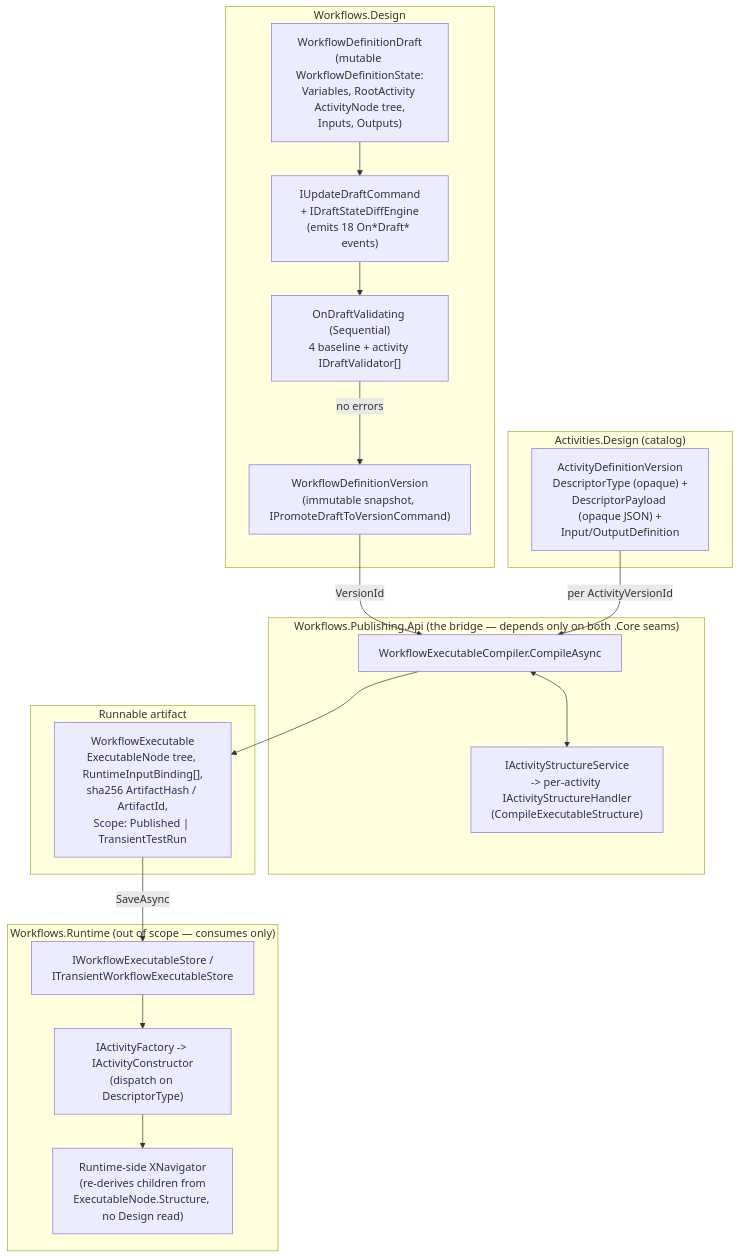
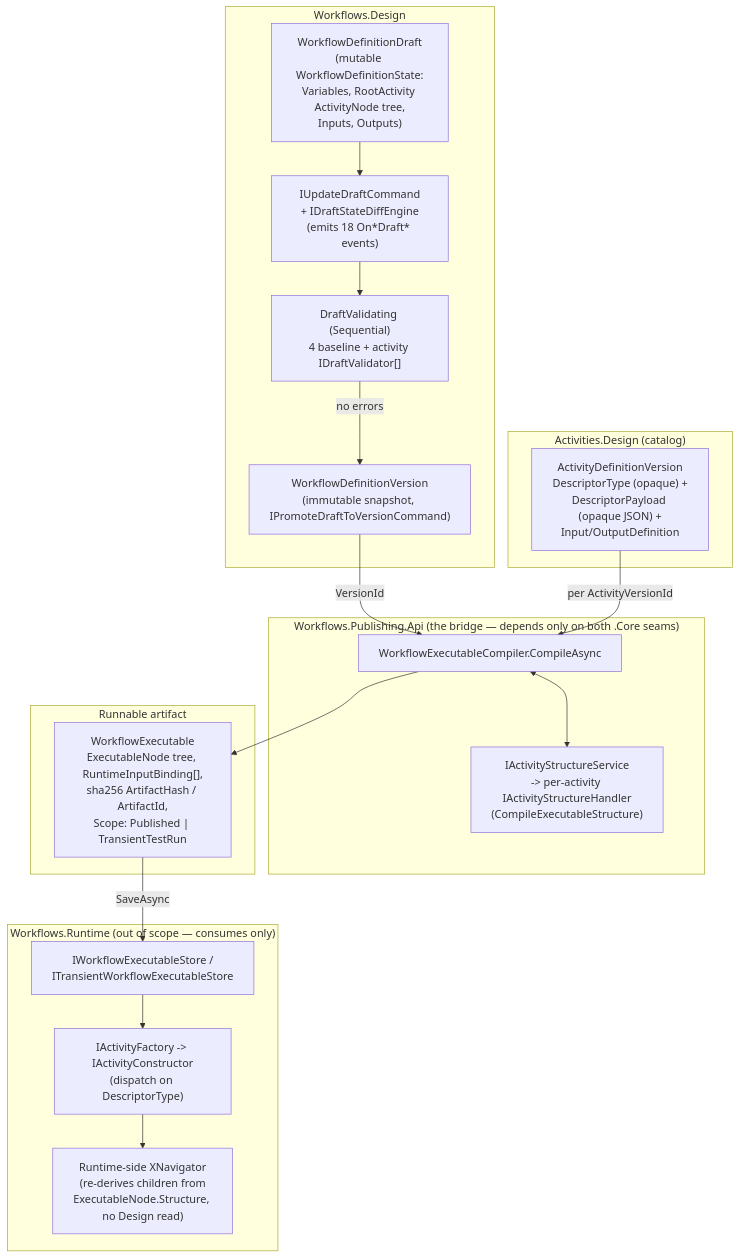
One commit to elsa-workflows/elsa-foundation changed the diagram in docs/reports/elsa-4-architecture-review-2026-07/review-design-activities.md. Above: the diagram before and after it, drawn with Mermaid. The commit also changed other lines of this file and 232 other files, not shown here.

````diff
--- a/docs/reports/elsa-4-architecture-review-2026-07/review-design-activities.md
+++ b/docs/reports/elsa-4-architecture-review-2026-07/review-design-activities.md
@@ -254,36 +254,36 @@
 ```mermaid
 flowchart TB
     subgraph Design["Workflows.Design"]
         Draft["WorkflowDefinitionDraft\n(mutable WorkflowDefinitionState:\nVariables, RootActivity ActivityNode tree,\nInputs, Outputs)"]
         Diff["IUpdateDraftCommand\n+ IDraftStateDiffEngine\n(emits 18 On*Draft* events)"]
-        Validate["OnDraftValidating (Sequential)\n4 baseline + activity IDraftValidator[]"]
+        Validate["DraftValidating (Sequential)\n4 baseline + activity IDraftValidator[]"]
         Version["WorkflowDefinitionVersion\n(immutable snapshot, IPromoteDraftToVersionCommand)"]
         Draft --> Diff --> Validate -->|no errors| Version
     end
 
     subgraph ActivityCatalog["Activities.Design (catalog)"]
         ActRow["ActivityDefinitionVersion\nDescriptorType (opaque) +\nDescriptorPayload (opaque JSON) +\nInput/OutputDefinition"]
     end
 
     subgraph Publish["Workflows.Publishing.Api  (the bridge — depends only on both .Core seams)"]
         Compiler["WorkflowExecutableCompiler.CompileAsync"]
         Struct["IActivityStructureService\n-> per-activity IActivityStructureHandler\n(CompileExecutableStructure)"]
         Compiler <--> Struct
     end
 
     subgraph Artifact["Runnable artifact"]
         Exe["WorkflowExecutable\nExecutableNode tree, RuntimeInputBinding[],\nsha256 ArtifactHash / ArtifactId,\nScope: Published | TransientTestRun"]
     end
 
     subgraph Runtime["Workflows.Runtime (out of scope — consumes only)"]
         Store["IWorkflowExecutableStore /\nITransientWorkflowExecutableStore"]
         Factory["IActivityFactory -> IActivityConstructor\n(dispatch on DescriptorType)"]
         Nav["Runtime-side XNavigator\n(re-derives children from\nExecutableNode.Structure, no Design read)"]
         Store --> Factory --> Nav
     end
 
     Version -->|VersionId| Compiler
     ActRow -->|"per ActivityVersionId"| Compiler
     Compiler --> Exe
     Exe -->|SaveAsync| Store
 ```
````
